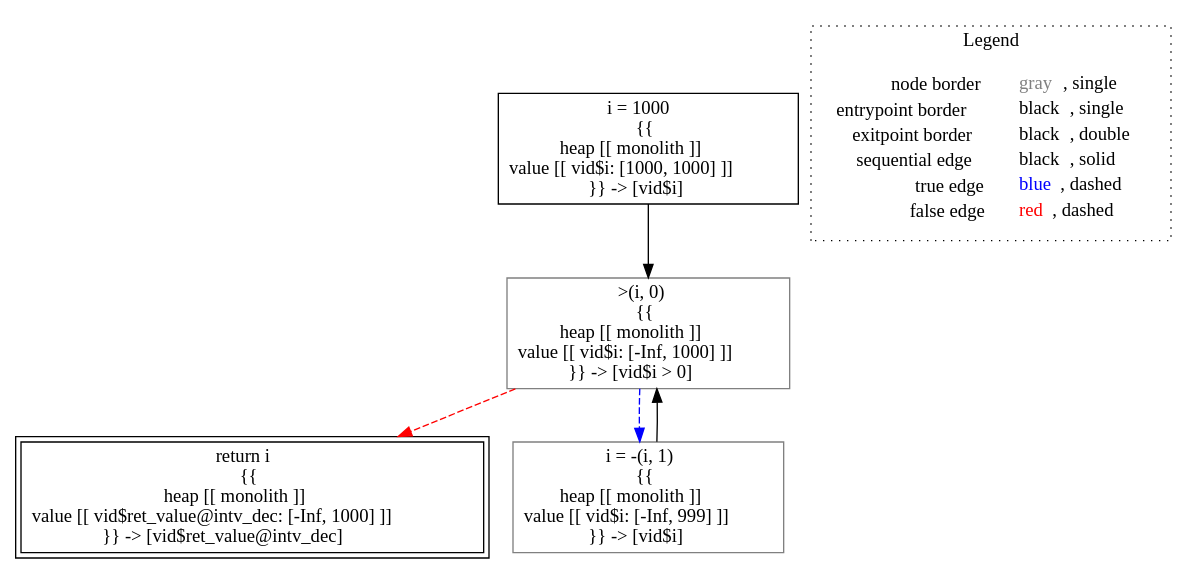
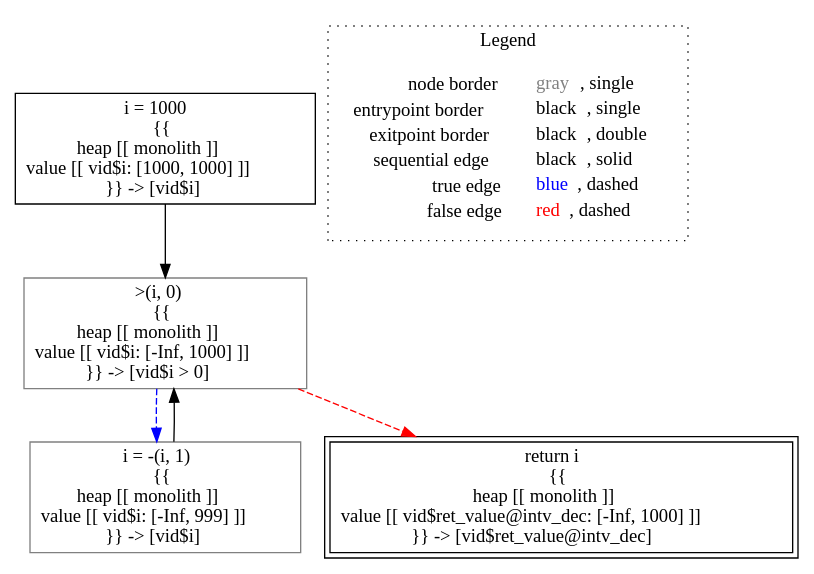
The diagram in lisa/imp-testcases/numeric/interval/analysis___untyped_tutorial.intv_dec().dot (lisa-analyzer/lisa), drawn with Graphviz before and after one commit. The commit also changed 30 other files, not shown here.

```diff
--- a/lisa/imp-testcases/numeric/interval/analysis___untyped_tutorial.intv_dec().dot
+++ b/lisa/imp-testcases/numeric/interval/analysis___untyped_tutorial.intv_dec().dot
@@ -1,17 +1,17 @@
 digraph {
 	"node0" [shape="rect",color="black",label=<i = 1000<BR/>{{<BR/>heap [[ monolith ]]<BR/>value [[ vid$i: [1000, 1000] ]]<BR/>}} -&gt; [vid$i]>];
-	"node1" [shape="rect",color="gray",label=<&gt;(i, 0)<BR/>{{<BR/>heap [[ monolith ]]<BR/>value [[ vid$i: [-Inf, 1000] ]]<BR/>}} -&gt; [vid$i &gt; 0]>];
+	"node1" [shape="rect",color="gray",label=<i = -(i, 1)<BR/>{{<BR/>heap [[ monolith ]]<BR/>value [[ vid$i: [-Inf, 999] ]]<BR/>}} -&gt; [vid$i]>];
 	"node2" [shape="rect",color="black",peripheries="2",label=<return i<BR/>{{<BR/>heap [[ monolith ]]<BR/>value [[ vid$ret_value@intv_dec: [-Inf, 1000] ]]<BR/>}} -&gt; [vid$ret_value@intv_dec]>];
-	"node3" [shape="rect",color="gray",label=<i = -(i, 1)<BR/>{{<BR/>heap [[ monolith ]]<BR/>value [[ vid$i: [-Inf, 999] ]]<BR/>}} -&gt; [vid$i]>];
-	"node0" -> "node1" [color="black"];
-	"node1" -> "node2" [color="red",style="dashed"];
-	"node1" -> "node3" [color="blue",style="dashed"];
-	"node3" -> "node1" [color="black"];
+	"node3" [shape="rect",color="gray",label=<&gt;(i, 0)<BR/>{{<BR/>heap [[ monolith ]]<BR/>value [[ vid$i: [-Inf, 1000] ]]<BR/>}} -&gt; [vid$i &gt; 0]>];
+	"node1" -> "node3" [color="black"];
+	"node0" -> "node3" [color="black"];
+	"node3" -> "node1" [color="blue",style="dashed"];
+	"node3" -> "node2" [color="red",style="dashed"];
 subgraph cluster_legend {
 	label="Legend";
 	style=dotted;
 	node [shape=plaintext];
 	"legend" [label=<<table border="0" cellpadding="2" cellspacing="0" cellborder="0"><tr><td align="right">node border&nbsp;</td><td align="left"><font color="gray">gray</font>, single</td></tr><tr><td align="right">entrypoint border&nbsp;</td><td align="left"><font color="black">black</font>, single</td></tr><tr><td align="right">exitpoint border&nbsp;</td><td align="left"><font color="black">black</font>, double</td></tr><tr><td align="right">sequential edge&nbsp;</td><td align="left"><font color="black">black</font>, solid</td></tr><tr><td align="right">true edge&nbsp;</td><td align="left"><font color="blue">blue</font>, dashed</td></tr><tr><td align="right">false edge&nbsp;</td><td align="left"><font color="red">red</font>, dashed</td></tr></table>>];
 }
 
 }
```
